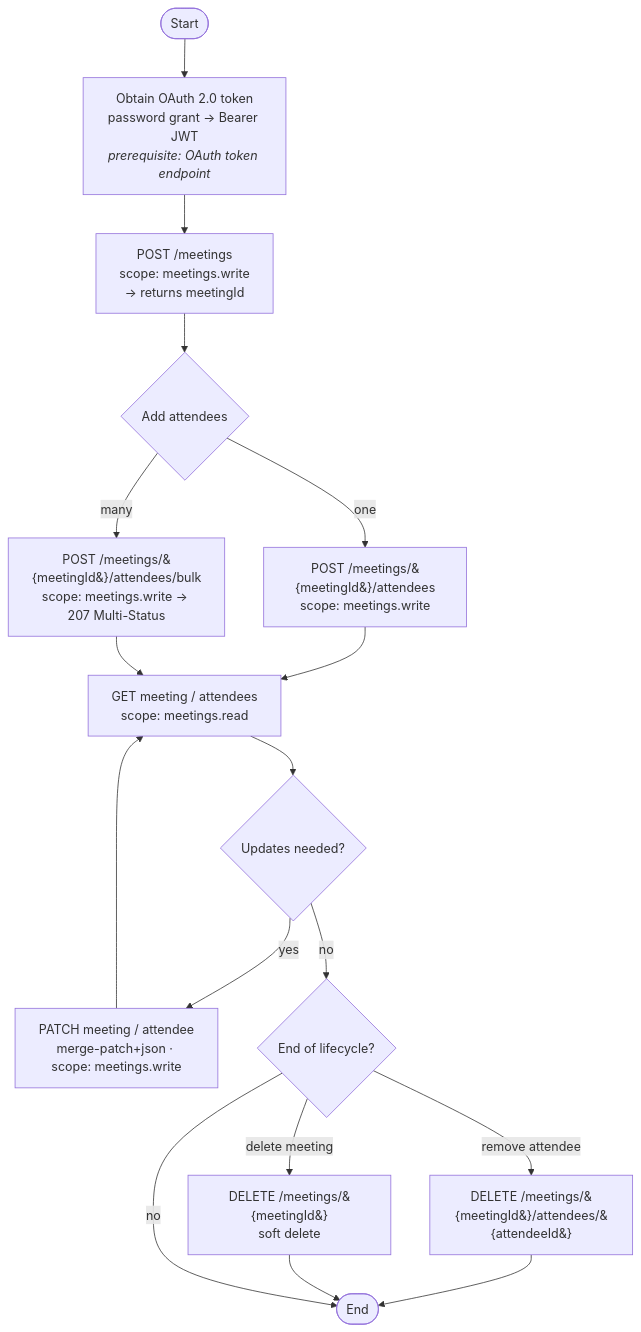
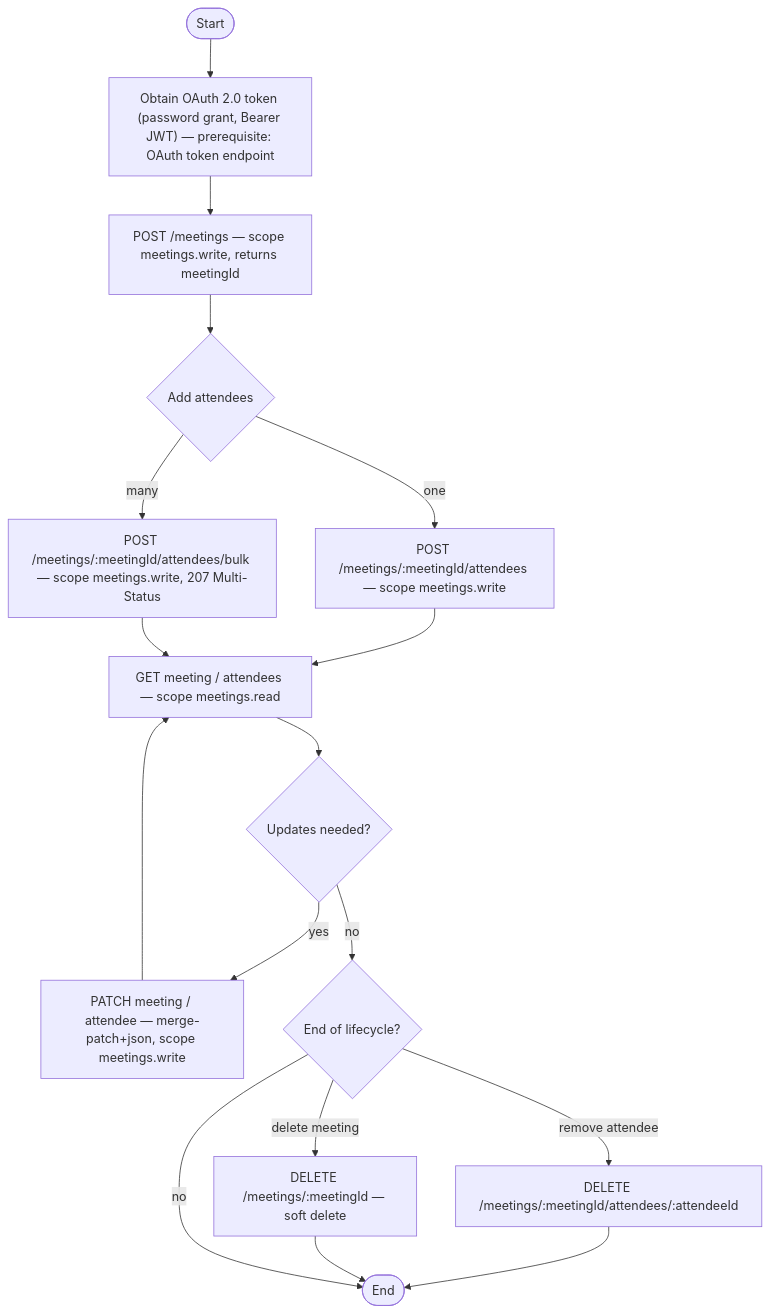
Before and after one commit to SAP-docs/preview.developer.concur.com: the diagram in src/api-reference/travel/v4.meetings-get-started.markdown, drawn with Mermaid.

Commit message:
Fix Mermaid diagram to render on GitHub (MEET-698)
GitHub's Mermaid parser rejected the previous diagram (curly-brace path segments
and HTML tags in node labels). Quote all node labels, use :meetingId path notation
instead of {meetingId}, and drop <br/>/<i> tags.

````diff
--- a/src/api-reference/travel/v4.meetings-get-started.markdown
+++ b/src/api-reference/travel/v4.meetings-get-started.markdown
@@ -22,19 +22,19 @@
 ```mermaid
 flowchart TD
-    A([Start]) --> B[Obtain OAuth 2.0 token<br/>password grant → Bearer JWT<br/><i>prerequisite: OAuth token endpoint</i>]
-    B --> C[POST /meetings<br/>scope: meetings.write<br/>→ returns meetingId]
-    C --> D{Add attendees}
-    D -->|one| E[POST /meetings/&#123;meetingId&#125;/attendees<br/>scope: meetings.write]
-    D -->|many| F[POST /meetings/&#123;meetingId&#125;/attendees/bulk<br/>scope: meetings.write → 207 Multi-Status]
-    E --> G[GET meeting / attendees<br/>scope: meetings.read]
+    A([Start]) --> B["Obtain OAuth 2.0 token (password grant, Bearer JWT) — prerequisite: OAuth token endpoint"]
+    B --> C["POST /meetings — scope meetings.write, returns meetingId"]
+    C --> D{"Add attendees"}
+    D -->|one| E["POST /meetings/:meetingId/attendees — scope meetings.write"]
+    D -->|many| F["POST /meetings/:meetingId/attendees/bulk — scope meetings.write, 207 Multi-Status"]
+    E --> G["GET meeting / attendees — scope meetings.read"]
     F --> G
-    G --> H{Updates needed?}
-    H -->|yes| I[PATCH meeting / attendee<br/>merge-patch+json · scope: meetings.write]
+    G --> H{"Updates needed?"}
+    H -->|yes| I["PATCH meeting / attendee — merge-patch+json, scope meetings.write"]
     I --> G
-    H -->|no| J{End of lifecycle?}
-    J -->|remove attendee| K[DELETE /meetings/&#123;meetingId&#125;/attendees/&#123;attendeeId&#125;]
-    J -->|delete meeting| L[DELETE /meetings/&#123;meetingId&#125;<br/>soft delete]
+    H -->|no| J{"End of lifecycle?"}
+    J -->|remove attendee| K["DELETE /meetings/:meetingId/attendees/:attendeeId"]
+    J -->|delete meeting| L["DELETE /meetings/:meetingId — soft delete"]
     K --> M([End])
     L --> M
     J -->|no| M
 ```
````
